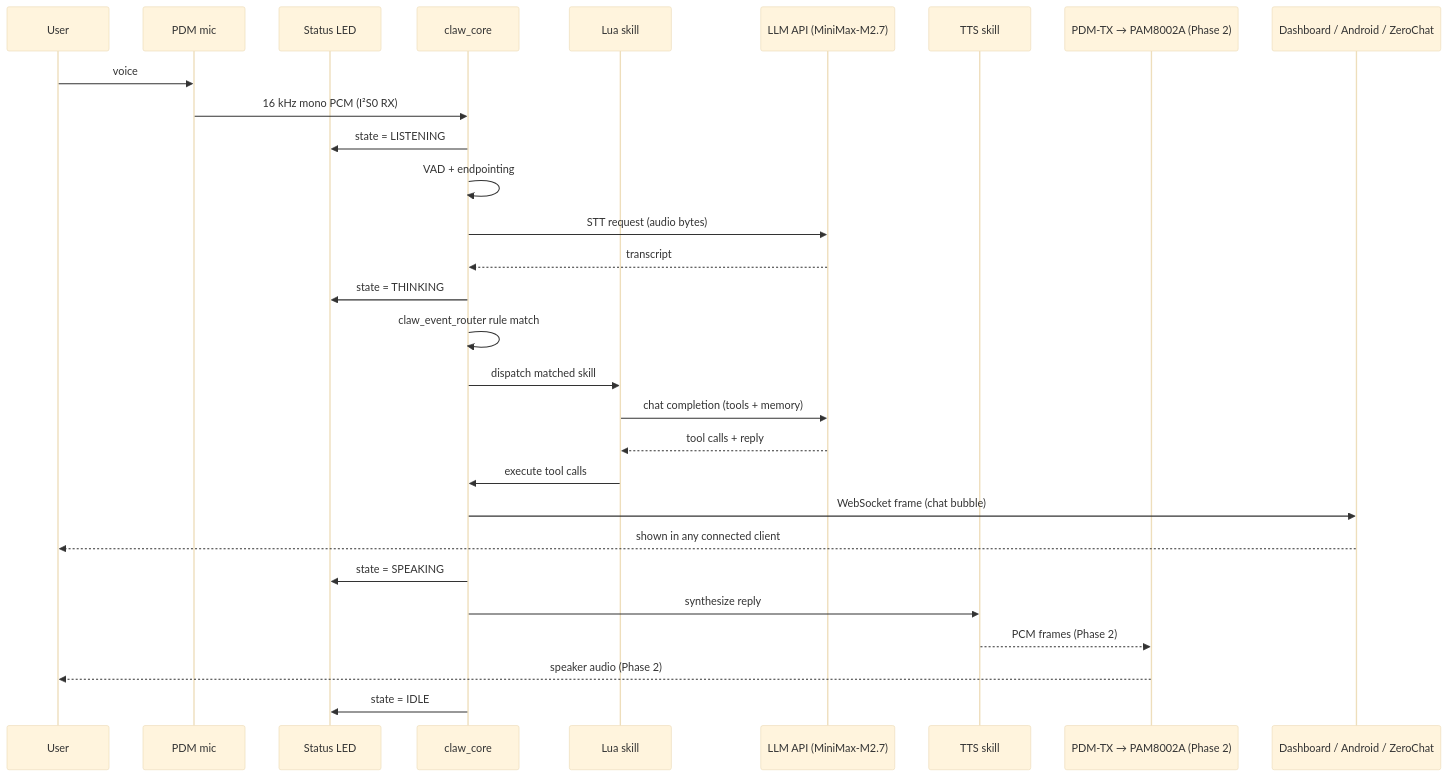
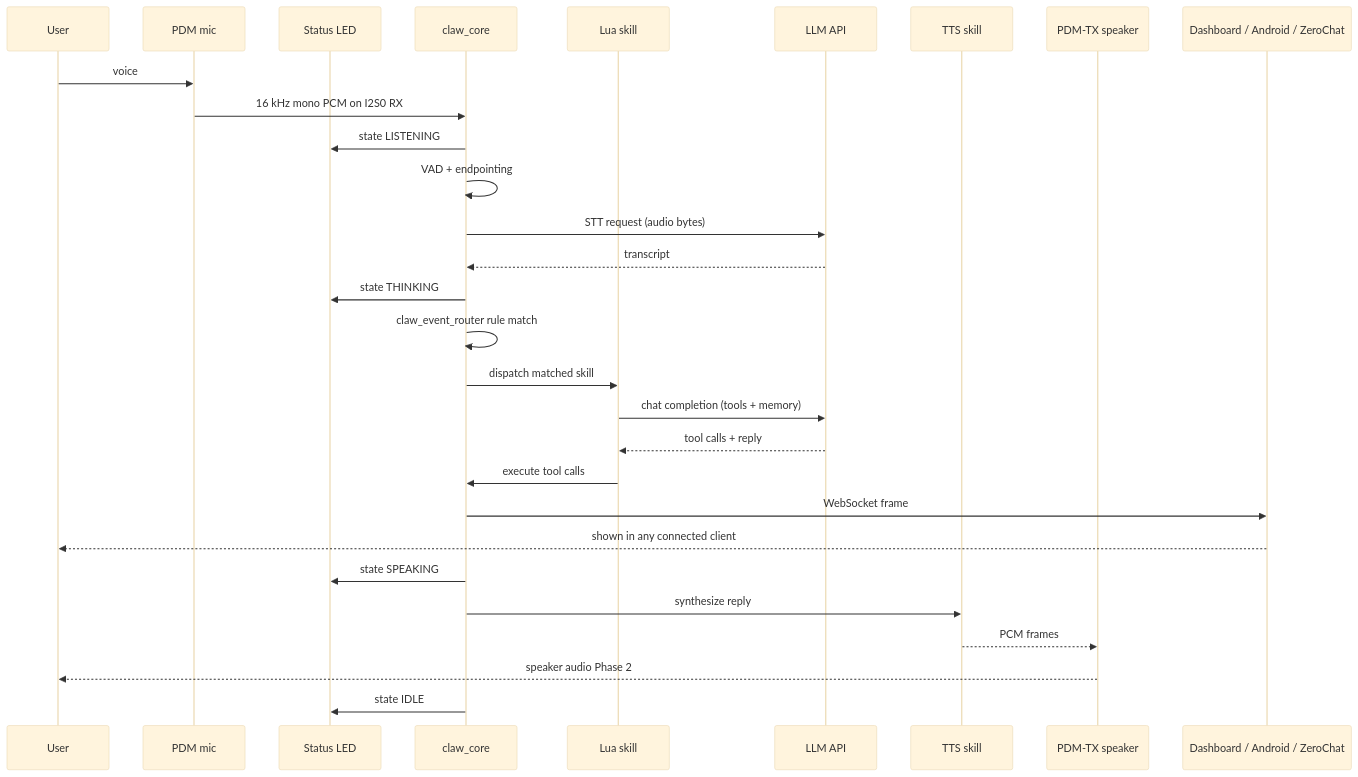
One commit to PascalAI2024/JarvisNano changed the third of 6 diagrams in docs/ARCHITECTURE.md. Above: the diagram before and after it, drawn with Mermaid (base theme). The commit also changed other lines of this file and 2 other files, not shown here.

Commit message:
fix: sanitize all mermaid blocks for GitHub renderer (strip emojis, sup-2, em-dash, padded titles)

````diff
--- a/docs/ARCHITECTURE.md
+++ b/docs/ARCHITECTURE.md
@@ -119,32 +122,32 @@
 ```mermaid
 sequenceDiagram
     participant U as User
     participant M as PDM mic
     participant LED as Status LED
     participant CR as claw_core
     participant LU as Lua skill
-    participant LLM as LLM API (MiniMax-M2.7)
+    participant LLM as LLM API
     participant TTS as TTS skill
-    participant DAC as PDM-TX → PAM8002A (Phase 2)
+    participant DAC as PDM-TX speaker
     participant DASH as Dashboard / Android / ZeroChat
 
     U->>M: voice
-    M->>CR: 16 kHz mono PCM (I²S0 RX)
-    CR->>LED: state = LISTENING
+    M->>CR: 16 kHz mono PCM on I2S0 RX
+    CR->>LED: state LISTENING
     CR->>CR: VAD + endpointing
     CR->>LLM: STT request (audio bytes)
     LLM-->>CR: transcript
-    CR->>LED: state = THINKING
+    CR->>LED: state THINKING
     CR->>CR: claw_event_router rule match
     CR->>LU: dispatch matched skill
     LU->>LLM: chat completion (tools + memory)
     LLM-->>LU: tool calls + reply
     LU->>CR: execute tool calls
-    CR->>DASH: WebSocket frame (chat bubble)
+    CR->>DASH: WebSocket frame
     DASH-->>U: shown in any connected client
-    CR->>LED: state = SPEAKING
+    CR->>LED: state SPEAKING
     CR->>TTS: synthesize reply
-    TTS-->>DAC: PCM frames (Phase 2)
-    DAC-->>U: speaker audio (Phase 2)
-    CR->>LED: state = IDLE
+    TTS-->>DAC: PCM frames
+    DAC-->>U: speaker audio Phase 2
+    CR->>LED: state IDLE
 ```
````
